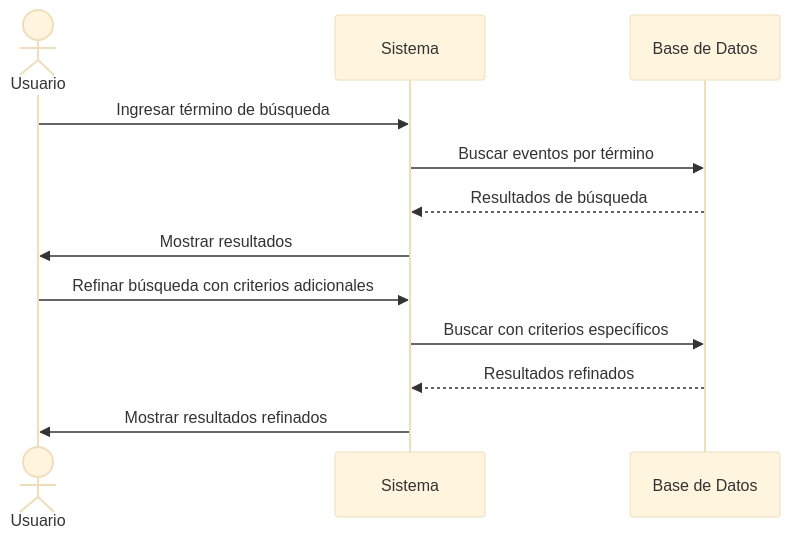
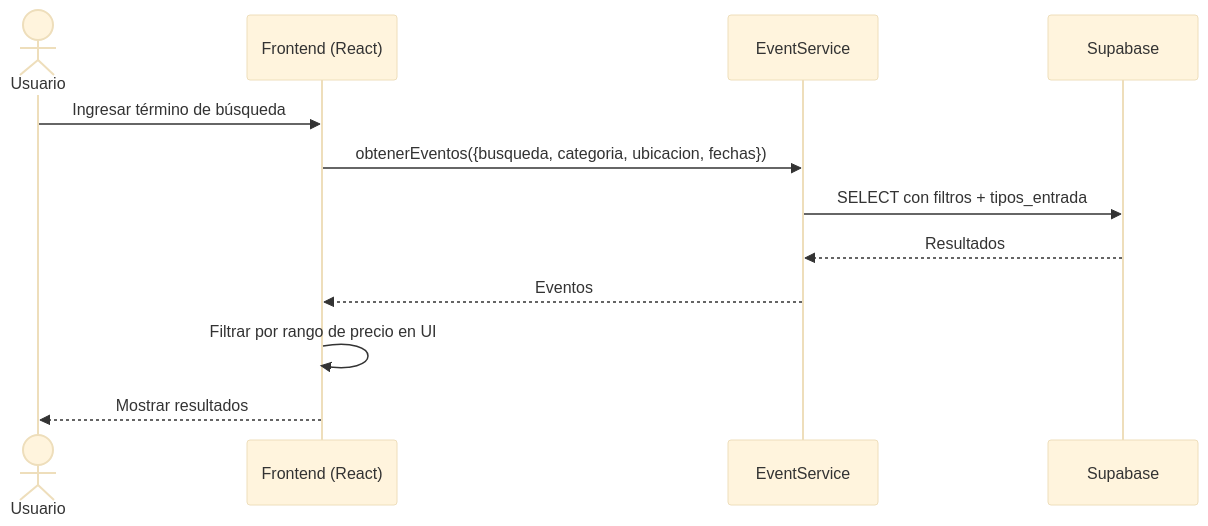
The seventh of 33 diagrams in Documentacion/Diagramas/Diagrama_Secuencias.md (Deibyd07/Gestion-de-Eventos), drawn with Mermaid (base theme) before and after one commit. The commit also changed other lines of this file, not shown here.

Commit message:
Update sequence diagrams to reflect actual implementation

````diff
--- a/Documentacion/Diagramas/Diagrama_Secuencias.md
+++ b/Documentacion/Diagramas/Diagrama_Secuencias.md
@@ -153,15 +129,15 @@
 ```mermaid
 sequenceDiagram
     actor Usuario
-    participant Sistema
-    participant BD as Base de Datos
-    
-    Usuario->>Sistema: Ingresar término de búsqueda
-    Sistema->>BD: Buscar eventos por término
-    BD-->>Sistema: Resultados de búsqueda
-    Sistema->>Usuario: Mostrar resultados
-    Usuario->>Sistema: Refinar búsqueda con criterios adicionales
-    Sistema->>BD: Buscar con criterios específicos
-    BD-->>Sistema: Resultados refinados
-    Sistema->>Usuario: Mostrar resultados refinados
+    participant App as Frontend (React)
+    participant EventSvc as EventService
+    participant BD as Supabase
+
+    Usuario->>App: Ingresar término de búsqueda
+    App->>EventSvc: obtenerEventos({busqueda, categoria, ubicacion, fechas})
+    EventSvc->>BD: SELECT con filtros + tipos_entrada
+    BD-->>EventSvc: Resultados
+    EventSvc-->>App: Eventos
+    App->>App: Filtrar por rango de precio en UI
+    App-->>Usuario: Mostrar resultados
 ```
````
